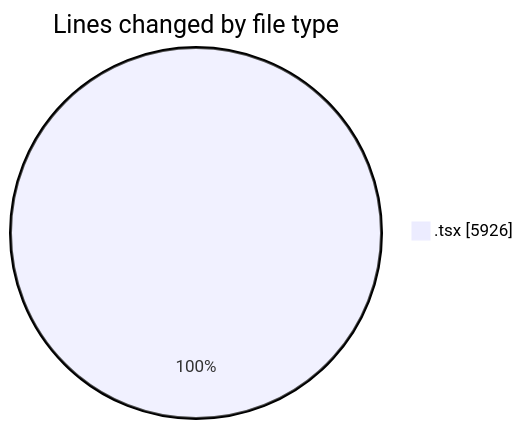
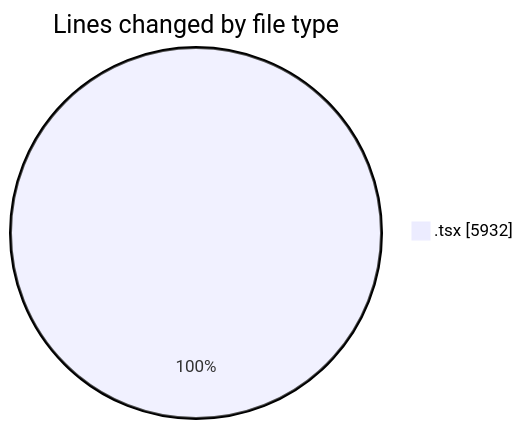
The first of 2 diagrams in 2025-12-04/cda/README.md (momahboobian/code-tracking), drawn with Mermaid before and after one commit. The commit also changed other lines of this file and 1 other file, not shown here.

````diff
--- a/2025-12-04/cda/README.md
+++ b/2025-12-04/cda/README.md
@@ -22,5 +22,5 @@
 ```mermaid
 pie showData
 title Lines changed by file type
-".tsx" : 5926
+".tsx" : 5932
 ```
````
